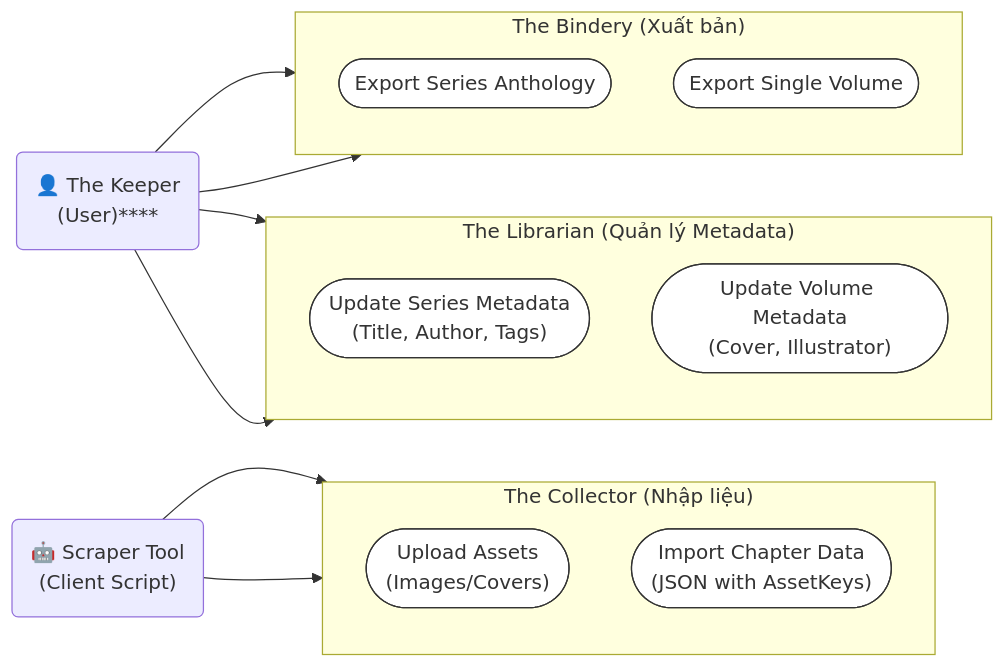
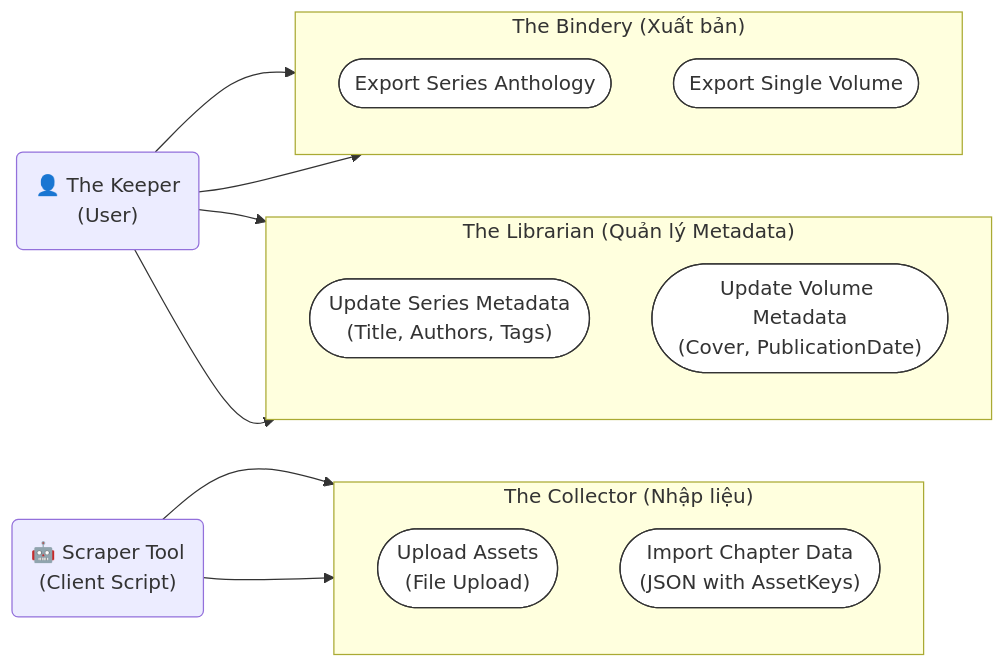
Before and after one commit to fm39hz/Grimoire.NET: the first of 5 diagrams in doc/diagram.md, drawn with Mermaid. The commit also changed other lines of this file and 5 other files, not shown here.

````diff
--- a/doc/diagram.md
+++ b/doc/diagram.md
@@ -3,38 +3,38 @@
 ```mermaid
 graph LR
     %% Actors
-    User("👤 The Keeper<br/>(User)"****)
+    User("👤 The Keeper<br/>(User)")
     Scraper("🤖 Scraper Tool<br/>(Client Script)")
 
     %% Packages as Subgraphs
     subgraph Collector ["The Collector (Nhập liệu)"]
         direction TB
-        UC1(["Upload Assets<br/>(Images/Covers)"])
+        UC1(["Upload Assets<br/>(File Upload)"])
         UC2(["Import Chapter Data<br/>(JSON with AssetKeys)"])
     end
 
     subgraph Librarian ["The Librarian (Quản lý Metadata)"]
         direction TB
-        UC3(["Update Series Metadata<br/>(Title, Author, Tags)"])
-        UC4(["Update Volume Metadata<br/>(Cover, Illustrator)"])
+        UC3(["Update Series Metadata<br/>(Title, Authors, Tags)"])
+        UC4(["Update Volume Metadata<br/>(Cover, PublicationDate)"])
     end
 
     subgraph Bindery ["The Bindery (Xuất bản)"]
         direction TB
         UC5(["Export Series Anthology"])
         UC6(["Export Single Volume"])
     end
 
     %% Relationships
     Scraper --> UC1
     Scraper --> UC2
     
     User --> UC3
     User --> UC4
     User --> UC5
     User --> UC6
 
     %% Styling (Optional - giúp nó giống Use Case hơn)
     classDef usecase fill:#fff,stroke:#333,stroke-width:1px,rx:5px,ry:5px;
     class UC1,UC2,UC3,UC4,UC5,UC6 usecase;
 ```
````
